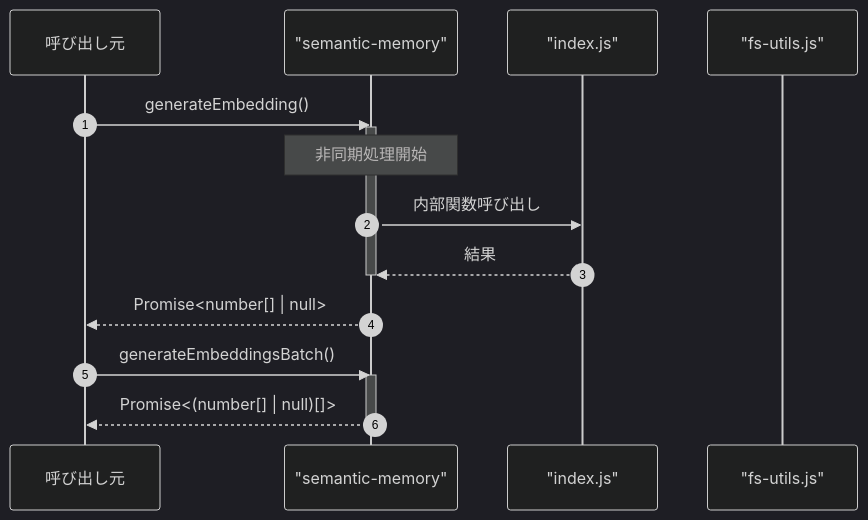
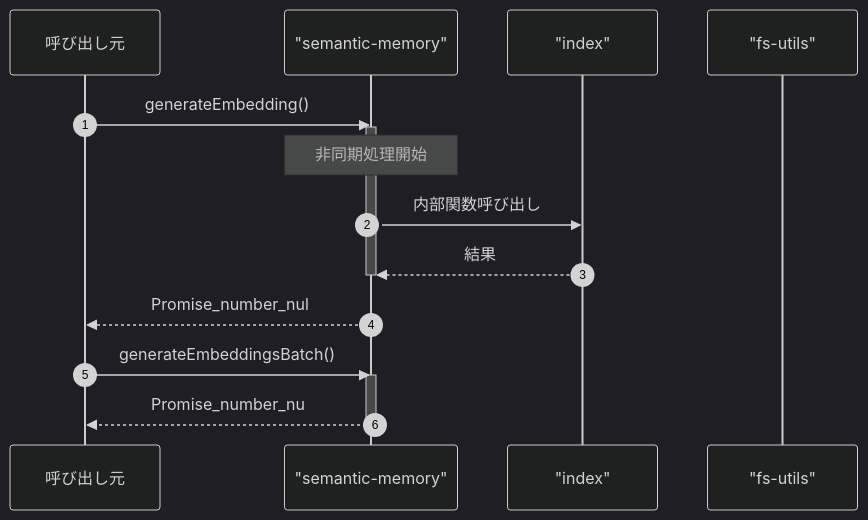
The fourth of 4 diagrams in ABDD/.pi/lib/semantic-memory.md (Mekann2904/mekann), drawn with Mermaid (dark theme) before and after one commit. The commit also changed other lines of this file and 174 other files, not shown here.

First line of the commit message:
fix(docs): ABDDのMermaid図生成エラーを修正する

````diff
--- a/ABDD/.pi/lib/semantic-memory.md
+++ b/ABDD/.pi/lib/semantic-memory.md
@@ -112,21 +112,21 @@
 ```mermaid
 sequenceDiagram
   autonumber
   participant Caller as 呼び出し元
   participant semantic_memory as "semantic-memory"
-  participant index_js as "index.js"
-  participant fs_utils_js as "fs-utils.js"
+  participant index as "index"
+  participant fs_utils as "fs-utils"
 
   Caller->>semantic_memory: generateEmbedding()
   activate semantic_memory
   Note over semantic_memory: 非同期処理開始
-  semantic_memory->>index_js: 内部関数呼び出し
-  index_js-->>semantic_memory: 結果
+  semantic_memory->>index: 内部関数呼び出し
+  index-->>semantic_memory: 結果
   deactivate semantic_memory
-  semantic_memory-->>Caller: Promise<number[] | null>
+  semantic_memory-->>Caller: Promise_number_nul
 
   Caller->>semantic_memory: generateEmbeddingsBatch()
   activate semantic_memory
-  semantic_memory-->>Caller: Promise<(number[] | null)[]>
+  semantic_memory-->>Caller: Promise_number_nu
   deactivate semantic_memory
 ```
````
